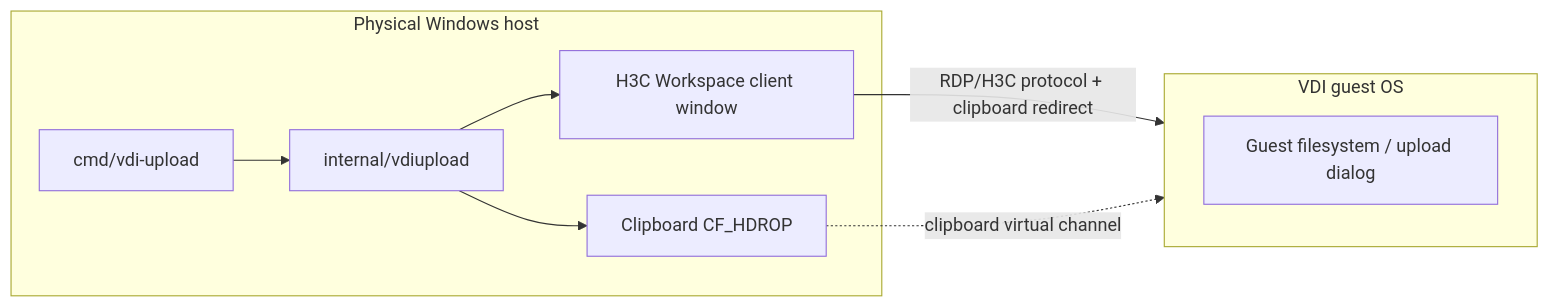
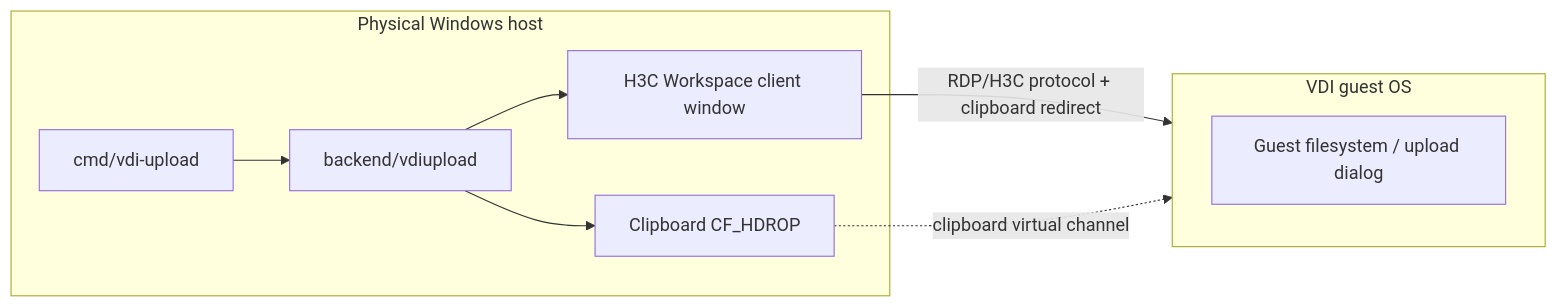
Before and after one commit to zcharym/talus-mofish: the first of 8 diagrams in docs/domains/vdiupload/DESIGN.md, drawn with Mermaid. The commit also changed other lines of this file and 162 other files, not shown here.

````diff
--- a/docs/domains/vdiupload/DESIGN.md
+++ b/docs/domains/vdiupload/DESIGN.md
@@ -51,19 +51,19 @@
 ```mermaid
 flowchart LR
   subgraph HostPC["Physical Windows host"]
     CLI["cmd/vdi-upload"]
-    Dom["internal/vdiupload"]
+    Dom["backend/vdiupload"]
     Clip["Clipboard CF_HDROP"]
     Win["H3C Workspace client window"]
     CLI --> Dom
     Dom --> Clip
     Dom --> Win
   end
 
   subgraph Guest["VDI guest OS"]
     FS["Guest filesystem / upload dialog"]
   end
 
   Win -->|"RDP/H3C protocol + clipboard redirect"| Guest
   Clip -.->|"clipboard virtual channel"| Guest
 ```
````
